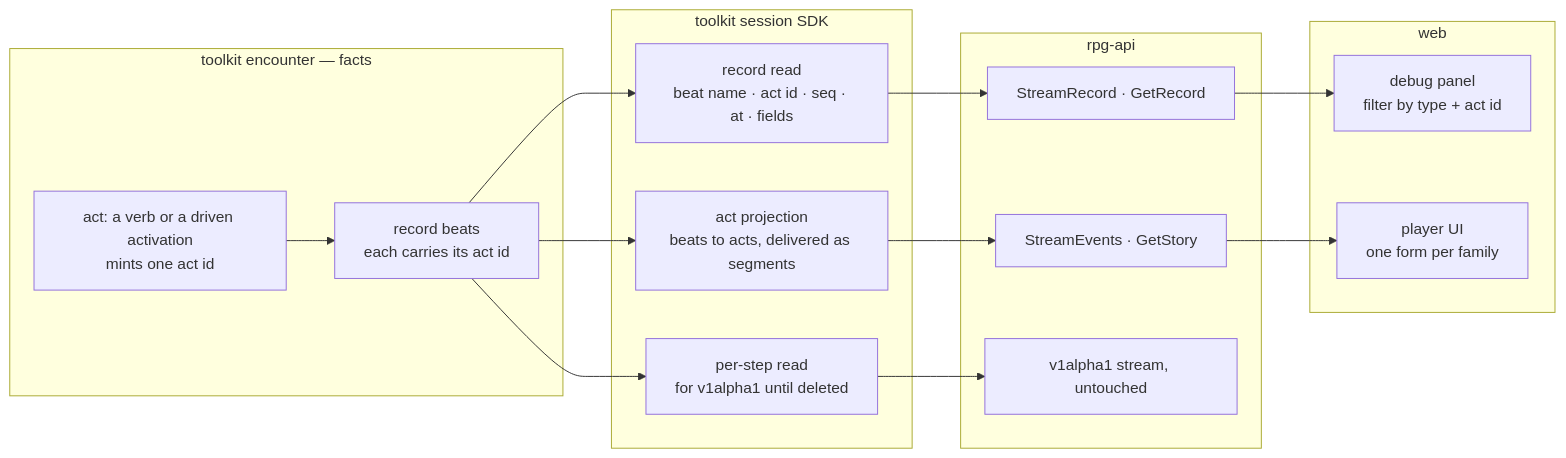
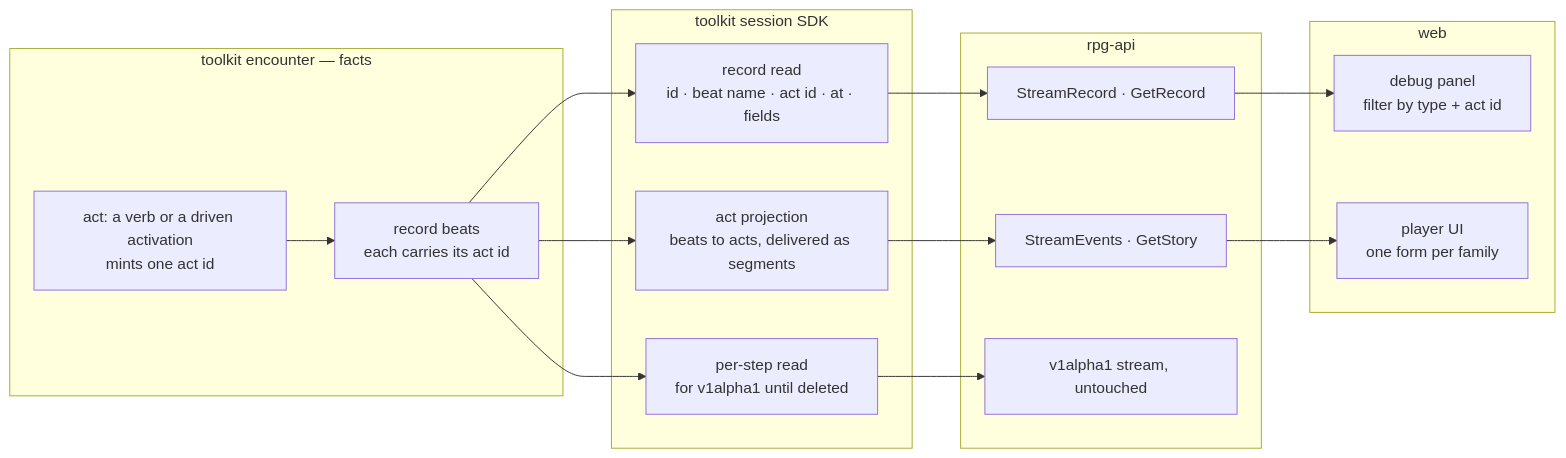
The first of 2 diagrams in ideas/event-stream/design.md (KirkDiggler/rpg-project), drawn with Mermaid before and after one commit. The commit also changed other lines of this file and 1 other file, not shown here.

````diff
--- a/ideas/event-stream/design.md
+++ b/ideas/event-stream/design.md
@@ -14,25 +14,25 @@
 ```mermaid
 flowchart LR
     subgraph encounter[toolkit encounter — facts]
         A[act: a verb or a driven activation<br/>mints one act id]
         B[record beats<br/>each carries its act id]
     end
     subgraph session[toolkit session SDK]
-        R[record read<br/>beat name · act id · seq · at · fields]
+        R[record read<br/>id · beat name · act id · at · fields]
         P[act projection<br/>beats to acts, delivered as segments]
         S1[per-step read<br/>for v1alpha1 until deleted]
     end
     subgraph api[rpg-api]
         CR[StreamRecord · GetRecord]
         CA[StreamEvents · GetStory]
         C1[v1alpha1 stream, untouched]
     end
     subgraph web[web]
         D[debug panel<br/>filter by type + act id]
         U[player UI<br/>one form per family]
     end
     A --> B
     B --> R --> CR --> D
     B --> P --> CA --> U
     B --> S1 --> C1
 ```
````
